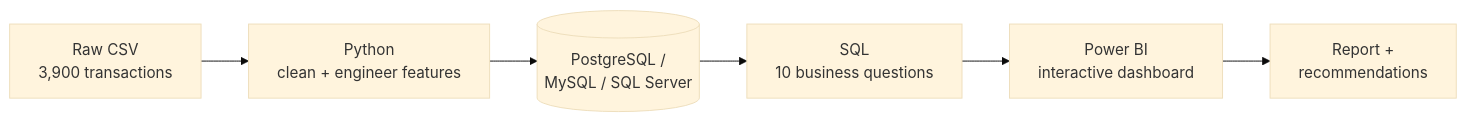
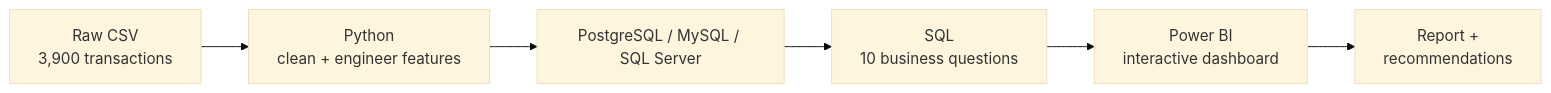
Before and after one commit to Salehmsa/Customer-Trends-Data-Analysis: the diagram in README.md, drawn with Mermaid (base theme).

Commit message:
Fix broken mermaid diagram rendering

````diff
--- a/README.md
+++ b/README.md
@@ -42,8 +42,8 @@
 ```mermaid
 flowchart LR
-    A["Raw CSV\n3,900 transactions"] --> B["Python\nclean + engineer features"]
-    B --> C[("PostgreSQL /\nMySQL / SQL Server")]
-    C --> D["SQL\n10 business questions"]
-    D --> E["Power BI\ninteractive dashboard"]
-    E --> F["Report +\nrecommendations"]
+    A["Raw CSV<br/>3,900 transactions"] --> B["Python<br/>clean + engineer features"]
+    B --> C["PostgreSQL / MySQL / SQL Server"]
+    C --> D["SQL<br/>10 business questions"]
+    D --> E["Power BI<br/>interactive dashboard"]
+    E --> F["Report +<br/>recommendations"]
 ```
````
